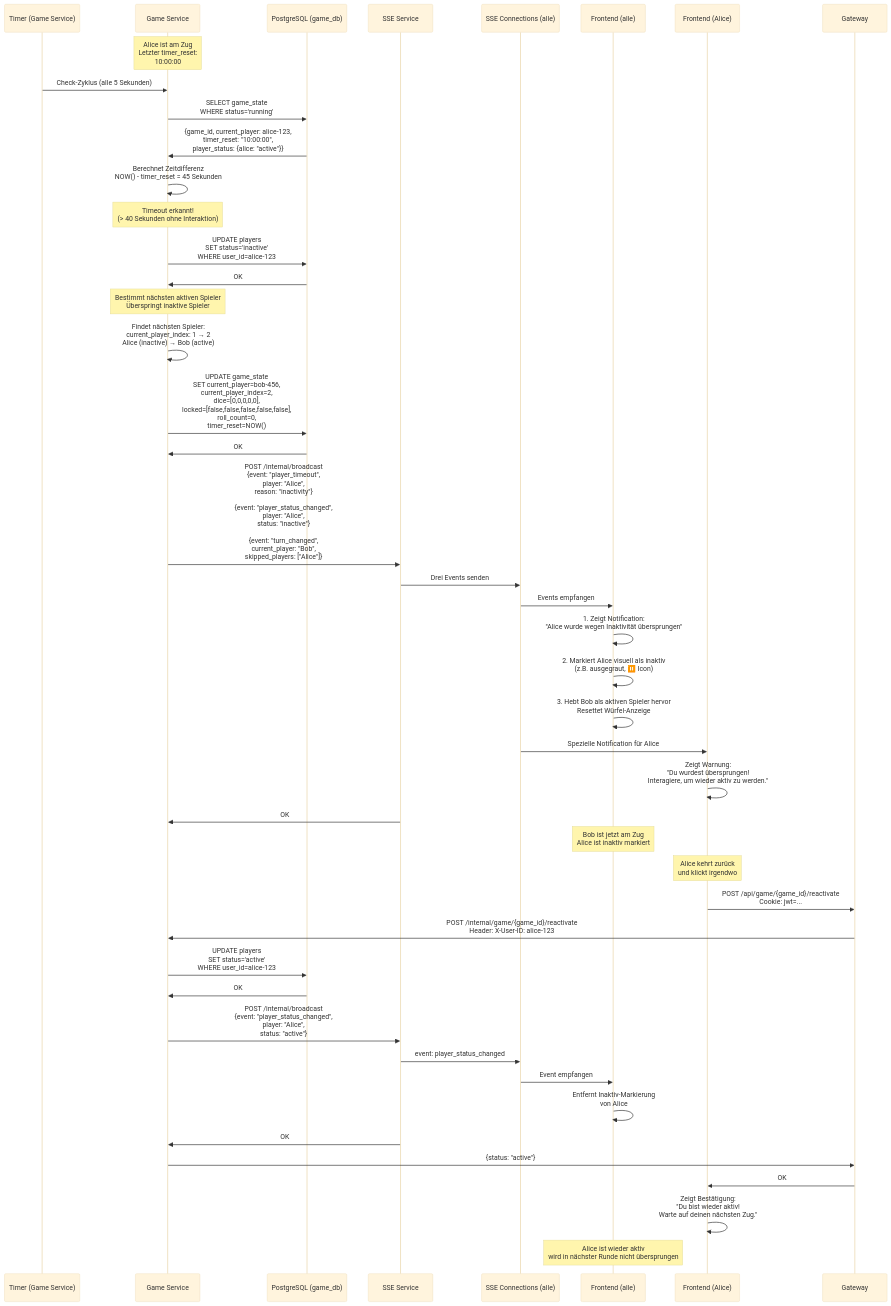
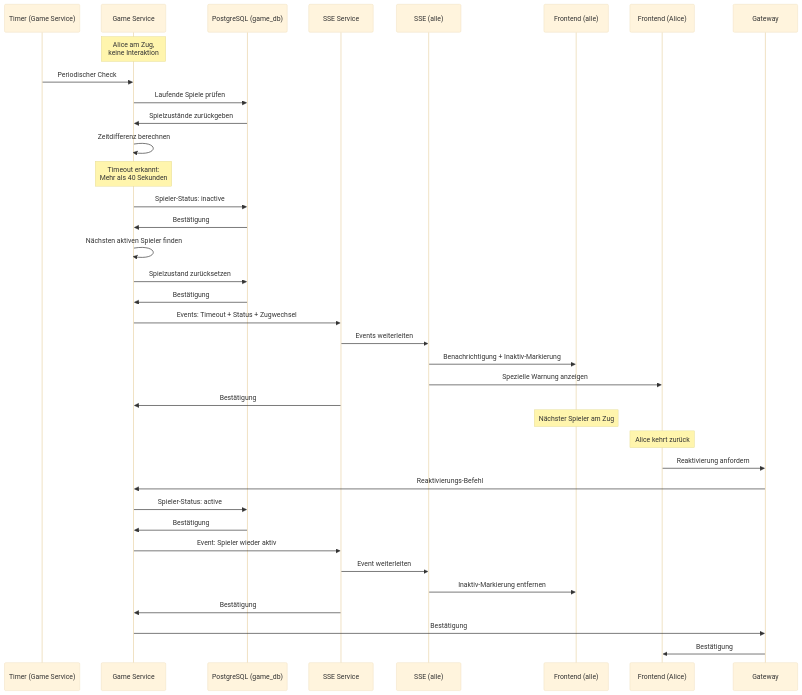
Before and after one commit to KnuffelGame/Project-Management: the sixth of 10 diagrams in Sequenzdiagramme.md, drawn with Mermaid (base theme). The commit also changed other lines of this file, not shown here.

````diff
--- a/Sequenzdiagramme.md
+++ b/Sequenzdiagramme.md
@@ -382,71 +388,57 @@
 ```mermaid
 sequenceDiagram
     participant Timer as Timer (Game Service)
     participant Game as Game Service
     participant DB as PostgreSQL (game_db)
     participant SSE as SSE Service
-    participant SSE_All as SSE Connections (alle)
+    participant SSE_All as SSE (alle)
     participant Frontend_All as Frontend (alle)
     participant Frontend_Alice as Frontend (Alice)
 
-    Note over Game: Alice ist am Zug<br/>Letzter timer_reset:<br/>10:00:00
+    Note over Game: Alice am Zug,<br/>keine Interaktion
 
-    Timer->>Game: Check-Zyklus (alle 5 Sekunden)
+    Timer->>Game: Periodischer Check
     
-    Game->>DB: SELECT game_state<br/>WHERE status='running'
-    DB->>Game: {game_id, current_player: alice-123,<br/>timer_reset: "10:00:00",<br/>player_status: {alice: "active"}}
+    Game->>DB: Laufende Spiele prüfen
+    DB->>Game: Spielzustände zurückgeben
     
-    Game->>Game: Berechnet Zeitdifferenz<br/>NOW() - timer_reset = 45 Sekunden
+    Game->>Game: Zeitdifferenz berechnen
     
-    Note over Game: Timeout erkannt!<br/>(> 40 Sekunden ohne Interaktion)
+    Note over Game: Timeout erkannt:<br/>Mehr als 40 Sekunden
     
-    Game->>DB: UPDATE players<br/>SET status='inactive'<br/>WHERE user_id=alice-123
-    DB->>Game: OK
+    Game->>DB: Spieler-Status: inactive
+    DB->>Game: Bestätigung
     
-    Note over Game: Bestimmt nächsten aktiven Spieler<br/>Überspringt inaktive Spieler
+    Game->>Game: Nächsten aktiven Spieler finden
     
-    Game->>Game: Findet nächsten Spieler:<br/>current_player_index: 1 → 2<br/>Alice (inactive) → Bob (active)
+    Game->>DB: Spielzustand zurücksetzen
+    DB->>Game: Bestätigung
     
-    Game->>DB: UPDATE game_state<br/>SET current_player=bob-456,<br/>current_player_index=2,<br/>dice=[0,0,0,0,0],<br/>locked=[false,false,false,false,false],<br/>roll_count=0,<br/>timer_reset=NOW()
-    DB->>Game: OK
+    Game->>SSE: Events: Timeout + Status + Zugwechsel
     
-    Game->>SSE: POST /internal/broadcast<br/>{event: "player_timeout",<br/>player: "Alice",<br/>reason: "inactivity"}<br/><br/>{event: "player_status_changed",<br/>player: "Alice",<br/>status: "inactive"}<br/><br/>{event: "turn_changed",<br/>current_player: "Bob",<br/>skipped_players: ["Alice"]}
+    SSE->>SSE_All: Events weiterleiten
+    SSE_All->>Frontend_All: Benachrichtigung + Inaktiv-Markierung
     
-    SSE->>SSE_All: Drei Events senden
-    SSE_All->>Frontend_All: Events empfangen
+    SSE_All->>Frontend_Alice: Spezielle Warnung anzeigen
     
-    Frontend_All->>Frontend_All: 1. Zeigt Notification:<br/>"Alice wurde wegen Inaktivität übersprungen"
-    Frontend_All->>Frontend_All: 2. Markiert Alice visuell als inaktiv<br/>(z.B. ausgegraut, ⏸️ Icon)
-    Frontend_All->>Frontend_All: 3. Hebt Bob als aktiven Spieler hervor<br/>Resettet Würfel-Anzeige
+    SSE->>Game: Bestätigung
+
+    Note over Frontend_All: Nächster Spieler am Zug
+
+    %% Reaktivierung
+    Note over Frontend_Alice: Alice kehrt zurück
+
+    Frontend_Alice->>Gateway: Reaktivierung anfordern
+    Gateway->>Game: Reaktivierungs-Befehl
     
-    SSE_All->>Frontend_Alice: Spezielle Notification für Alice
-    Frontend_Alice->>Frontend_Alice: Zeigt Warnung:<br/>"Du wurdest übersprungen!<br/>Interagiere, um wieder aktiv zu werden."
+    Game->>DB: Spieler-Status: active
+    DB->>Game: Bestätigung
     
-    SSE->>Game: OK
-
-    Note over Frontend_All: Bob ist jetzt am Zug<br/>Alice ist inaktiv markiert
-
-    %% Optional: Alice wird wieder aktiv
-    Note over Frontend_Alice: Alice kehrt zurück<br/>und klickt irgendwo
-
-    Frontend_Alice->>Gateway: POST /api/game/{game_id}/reactivate<br/>Cookie: jwt=...
+    Game->>SSE: Event: Spieler wieder aktiv
+    SSE->>SSE_All: Event weiterleiten
+    SSE_All->>Frontend_All: Inaktiv-Markierung entfernen
     
-    Gateway->>Game: POST /internal/game/{game_id}/reactivate<br/>Header: X-User-ID: alice-123
-    
-    Game->>DB: UPDATE players<br/>SET status='active'<br/>WHERE user_id=alice-123
-    DB->>Game: OK
-    
-    Game->>SSE: POST /internal/broadcast<br/>{event: "player_status_changed",<br/>player: "Alice",<br/>status: "active"}
-    
-    SSE->>SSE_All: event: player_status_changed
-    SSE_All->>Frontend_All: Event empfangen
-    Frontend_All->>Frontend_All: Entfernt Inaktiv-Markierung<br/>von Alice
-    
-    SSE->>Game: OK
-    Game->>Gateway: {status: "active"}
-    Gateway->>Frontend_Alice: OK
-    
-    Frontend_Alice->>Frontend_Alice: Zeigt Bestätigung:<br/>"Du bist wieder aktiv!<br/>Warte auf deinen nächsten Zug."
-
-    Note over Frontend_All: Alice ist wieder aktiv<br/>wird in nächster Runde nicht übersprungen
+    SSE->>Game: Bestätigung
+    Game->>Gateway: Bestätigung
+    Gateway->>Frontend_Alice: Bestätigung
 ```
````
